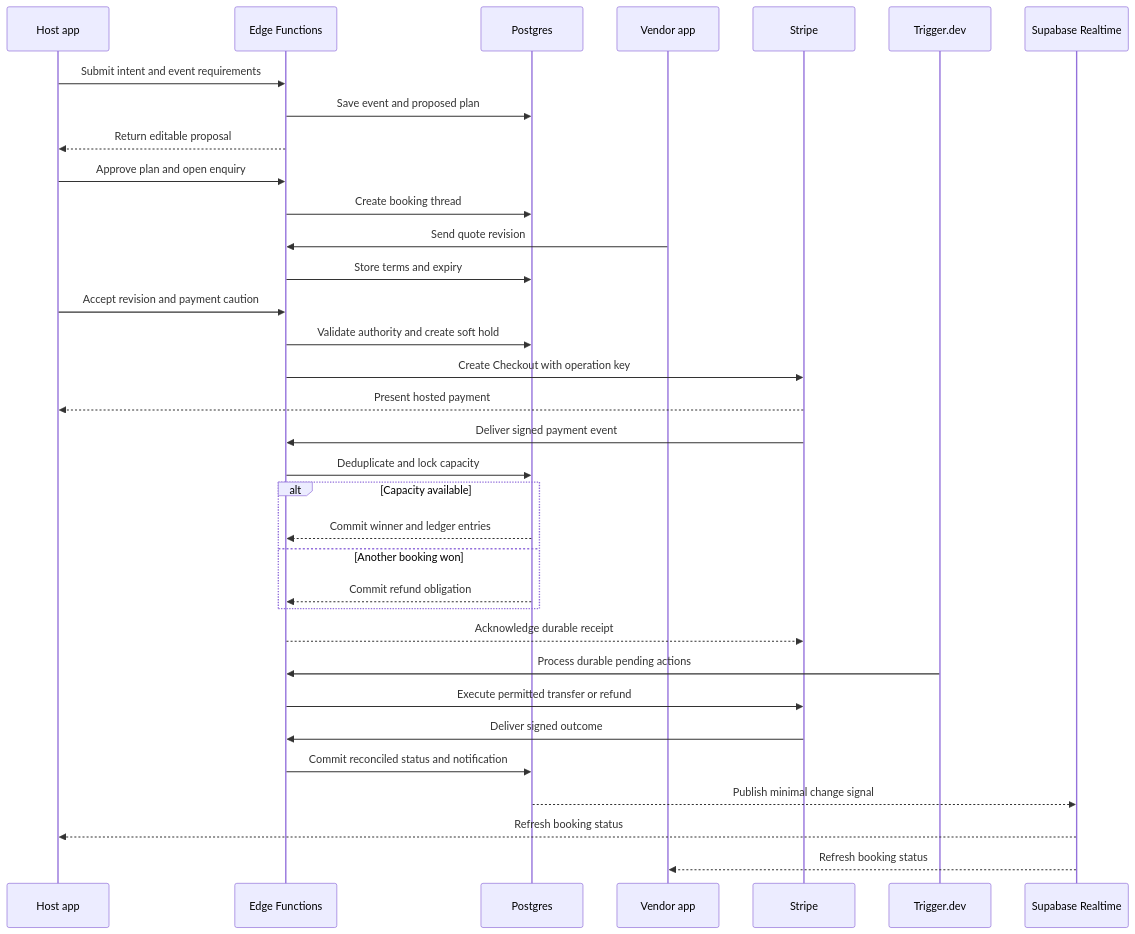
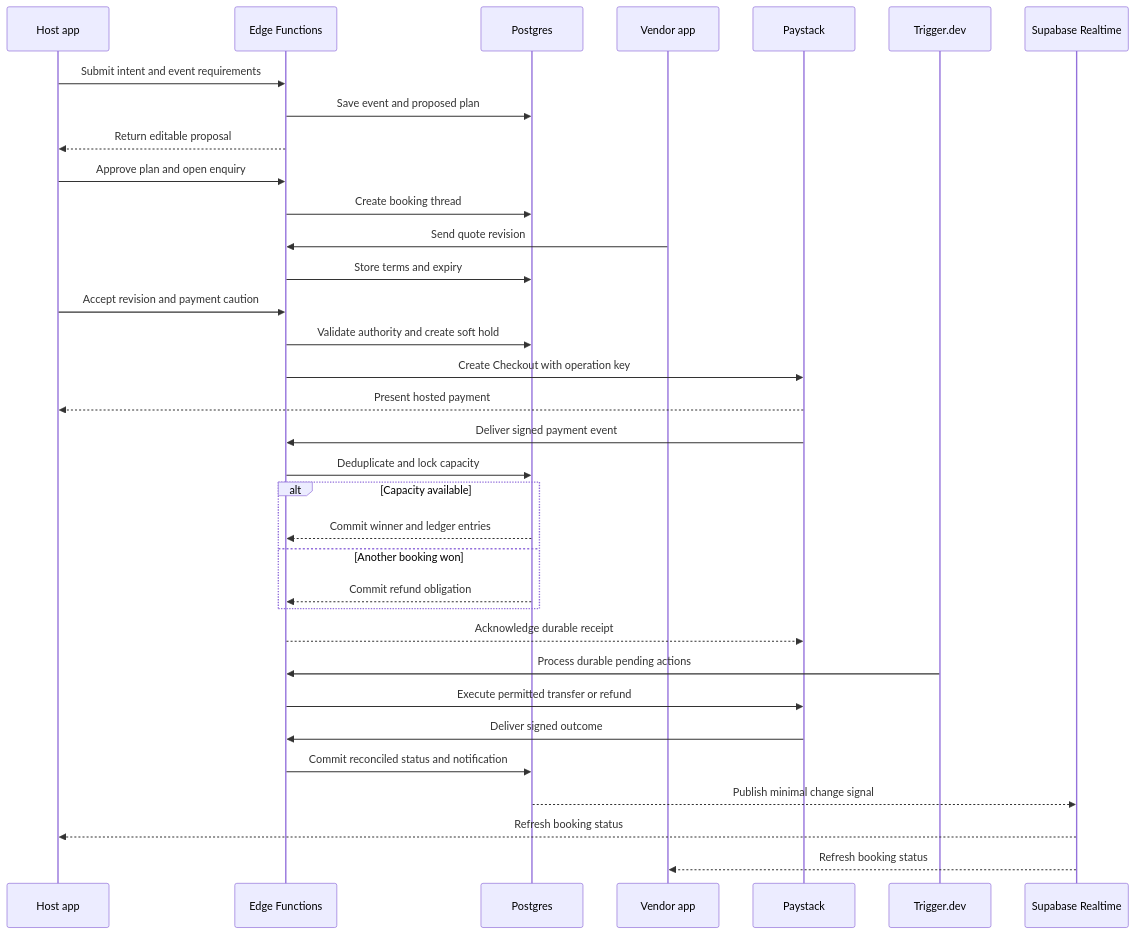
Before and after one commit to TheLionKing7/Owanbe: the fourth of 4 diagrams in blueprint/architecture.md, drawn with Mermaid. The commit also changed other lines of this file and 15 other files, not shown here.

````diff
--- a/blueprint/architecture.md
+++ b/blueprint/architecture.md
@@ -139,36 +139,36 @@
 ```mermaid
 sequenceDiagram
 participant H as Host app
 participant A as Edge Functions
 participant D as Postgres
 participant V as Vendor app
-participant S as Stripe
+participant S as Paystack
 participant J as Trigger.dev
 participant R as Supabase Realtime
 H->>A: Submit intent and event requirements
 A->>D: Save event and proposed plan
 A-->>H: Return editable proposal
 H->>A: Approve plan and open enquiry
 A->>D: Create booking thread
 V->>A: Send quote revision
 A->>D: Store terms and expiry
 H->>A: Accept revision and payment caution
 A->>D: Validate authority and create soft hold
 A->>S: Create Checkout with operation key
 S-->>H: Present hosted payment
 S->>A: Deliver signed payment event
 A->>D: Deduplicate and lock capacity
 alt Capacity available
 D-->>A: Commit winner and ledger entries
 else Another booking won
 D-->>A: Commit refund obligation
 end
 A-->>S: Acknowledge durable receipt
 J->>A: Process durable pending actions
 A->>S: Execute permitted transfer or refund
 S->>A: Deliver signed outcome
 A->>D: Commit reconciled status and notification
 D-->>R: Publish minimal change signal
 R-->>H: Refresh booking status
 R-->>V: Refresh booking status
 ```
````
